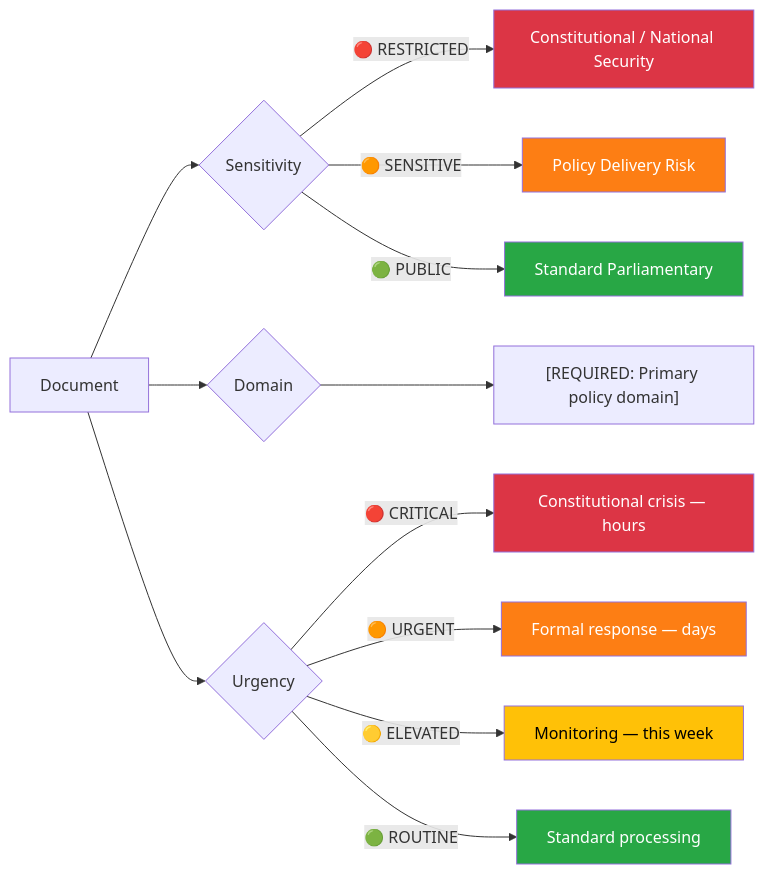
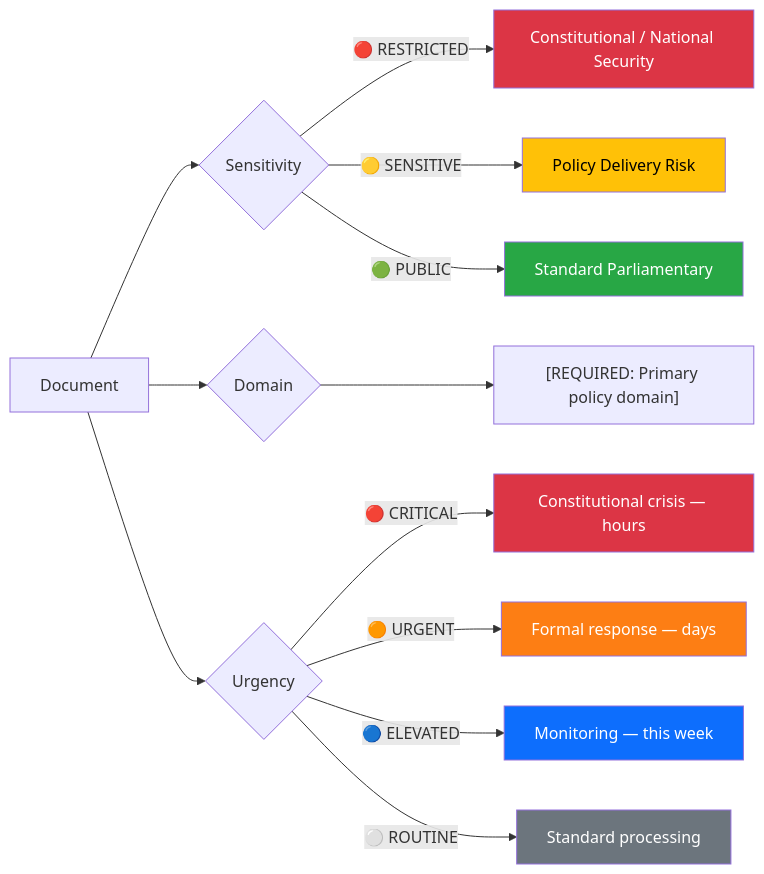
The first of 5 diagrams in analysis/templates/per-file-political-intelligence.md (Hack23/riksdagsmonitor), drawn with Mermaid before and after one commit. The commit also changed 2 other files, not shown here.

Commit message:
Align classification diagram colors across templates and fix filled example taxonomy
1. per-file-political-intelligence.md: SENSITIVE 🟠→🟡 #ffc107, ROUTINE 🟢→⚪ #6c757d, ELEVATED 🟡→🔵 #0d6efd (matches political-classification.md)
2. threat-analysis.md: severity legend aligned to framework §9 1-5 scale
3. per-file-intelligence-analysis.md: filled example badge Sensitivity-HIGH → RESTRICTED
4. per-file-intelligence-analysis.md: filled example diagram HIGH→RESTRICTED, SHORT-TERM→URGENT with matching colors

Agent-Logs-Url: https://github.com/Hack23/riksdagsmonitor/sessions/572a5b1d-615c-4eb0-bef3-852e18931830

````diff
--- a/analysis/templates/per-file-political-intelligence.md
+++ b/analysis/templates/per-file-political-intelligence.md
@@ -51,24 +51,24 @@
 ```mermaid
 graph LR
     A[Document] --> B{Sensitivity}
     B -->|"🔴 RESTRICTED"| C[Constitutional / National Security]
-    B -->|"🟠 SENSITIVE"| D[Policy Delivery Risk]
+    B -->|"🟡 SENSITIVE"| D[Policy Delivery Risk]
     B -->|"🟢 PUBLIC"| E[Standard Parliamentary]
     
     A --> G{Domain}
     G --> H["[REQUIRED: Primary policy domain]"]
     
     A --> I{Urgency}
     I -->|"🔴 CRITICAL"| J[Constitutional crisis — hours]
     I -->|"🟠 URGENT"| K[Formal response — days]
-    I -->|"🟡 ELEVATED"| L[Monitoring — this week]
-    I -->|"🟢 ROUTINE"| M[Standard processing]
+    I -->|"🔵 ELEVATED"| L[Monitoring — this week]
+    I -->|"⚪ ROUTINE"| M[Standard processing]
     
     style C fill:#dc3545,color:#fff
-    style D fill:#fd7e14,color:#fff
+    style D fill:#ffc107,color:#000
     style E fill:#28a745,color:#fff
     style J fill:#dc3545,color:#fff
     style K fill:#fd7e14,color:#fff
-    style L fill:#ffc107,color:#000
-    style M fill:#28a745,color:#fff
+    style L fill:#0d6efd,color:#fff
+    style M fill:#6c757d,color:#fff
 ```
````
